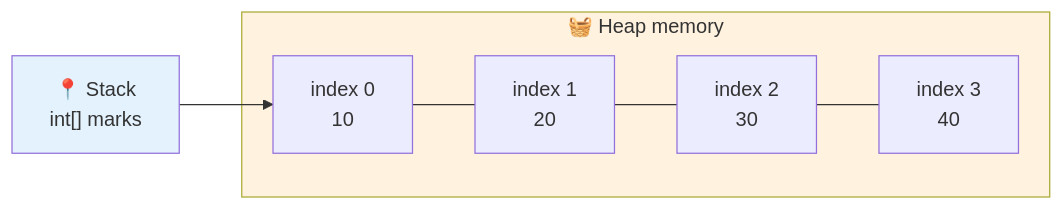
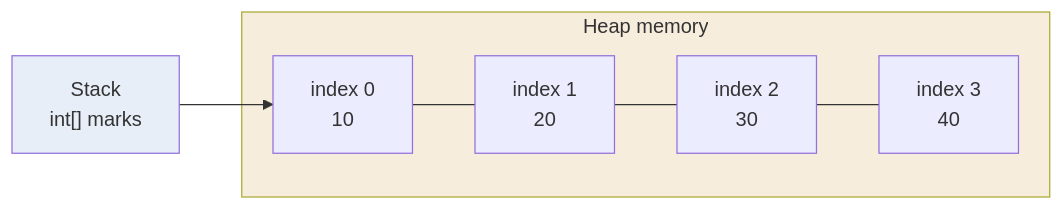
One commit to kundankumarsharma56/Leaning-Java changed the first of 2 diagrams in src/Theory/04-Arrays-and-Strings/01-Arrays.md. Above: the diagram before and after it, drawn with Mermaid. The commit also changed other lines of this file and 84 other files, not shown here.

````diff
--- a/src/Theory/04-Arrays-and-Strings/01-Arrays.md
+++ b/src/Theory/04-Arrays-and-Strings/01-Arrays.md
@@ -26,9 +26,9 @@
 ```mermaid
 flowchart LR
-    subgraph H["🧺 Heap memory"]
+    subgraph H["Heap memory"]
         A0["index 0<br/>10"] --- A1["index 1<br/>20"] --- A2["index 2<br/>30"] --- A3["index 3<br/>40"]
     end
-    REF["📍 Stack<br/>int[] marks"] --> A0
-    style REF fill:#e3f2fd
-    style H fill:#fff3e0
+    REF["Stack<br/>int[] marks"] --> A0
+    style REF fill:#e7eef7
+    style H fill:#f7eddd
 ```
````
